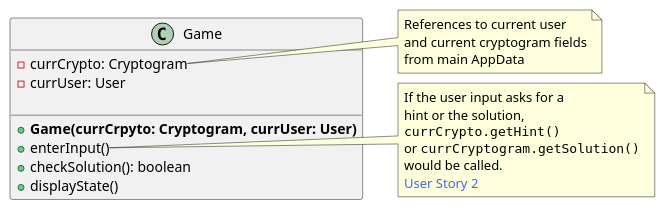
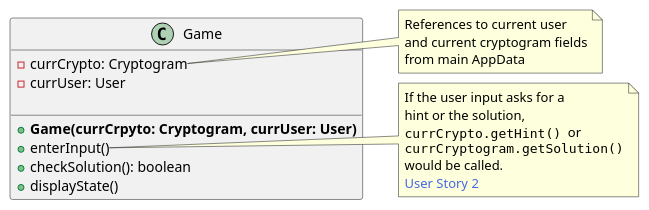
The diagram in Class-Diagrams/src/game.puml (finlaysr/CS207-Cryptograms), drawn with PlantUML before and after one commit. The commit also changed 5 other files, not shown here.

```diff
--- a/Class-Diagrams/src/game.puml
+++ b/Class-Diagrams/src/game.puml
@@ -1,30 +1,30 @@
 @startuml
 
 class Game {
     - currCrypto: Cryptogram
     - currUser: User
 
     __
     + **Game(currCrpyto: Cryptogram, currUser: User)**
     + enterInput()
     + checkSolution(): boolean
     + displayState()
 }
 
 note right of Game::currCrypto
     References to current user
     and current cryptogram fields
     from main AppData
 end note
 
 note right of Game::enterInput
     If the user input asks for a
     hint or the solution,
-    ""currCrypto.getHint()""
-    or ""currCryptogram.getSolution()""
+    ""currCrypto.getHint()""  or
+    ""currCryptogram.getSolution()""
     would be called.
     <color:royalBlue>User Story 2</color>
 end note
 
 
 @enduml
```
